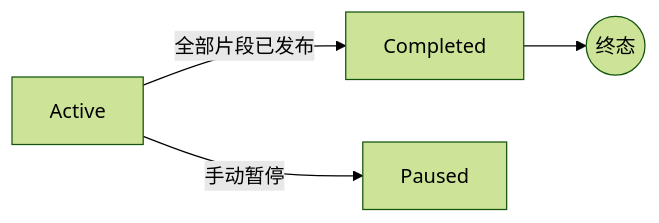
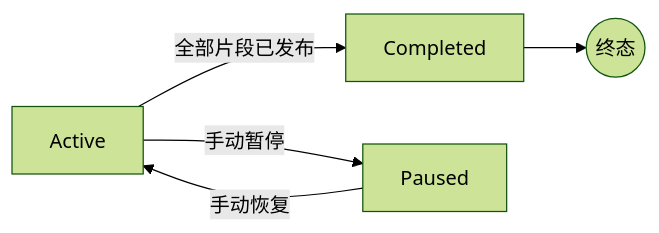
The diagram in docs/logic/pipeline.zh-CN.md (pilgrimlyieu/InkDrip), drawn with Mermaid (forest theme) before and after one commit. The commit also changed other lines of this file and 7 other files, not shown here.

````diff
--- a/docs/logic/pipeline.zh-CN.md
+++ b/docs/logic/pipeline.zh-CN.md
@@ -124,6 +124,7 @@
 ```mermaid
 flowchart LR
     Active -->|全部片段已发布| Completed
     Active -->|手动暂停| Paused
+    Paused -->|手动恢复| Active
     Completed --> Terminal((终态))
 ```
````
